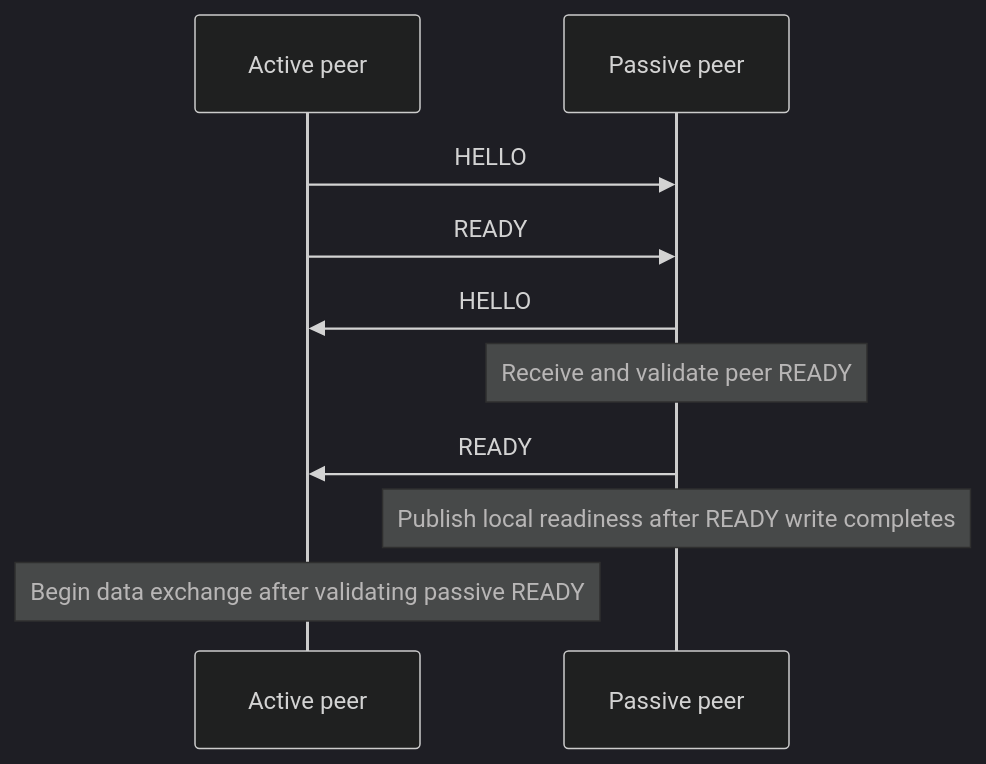
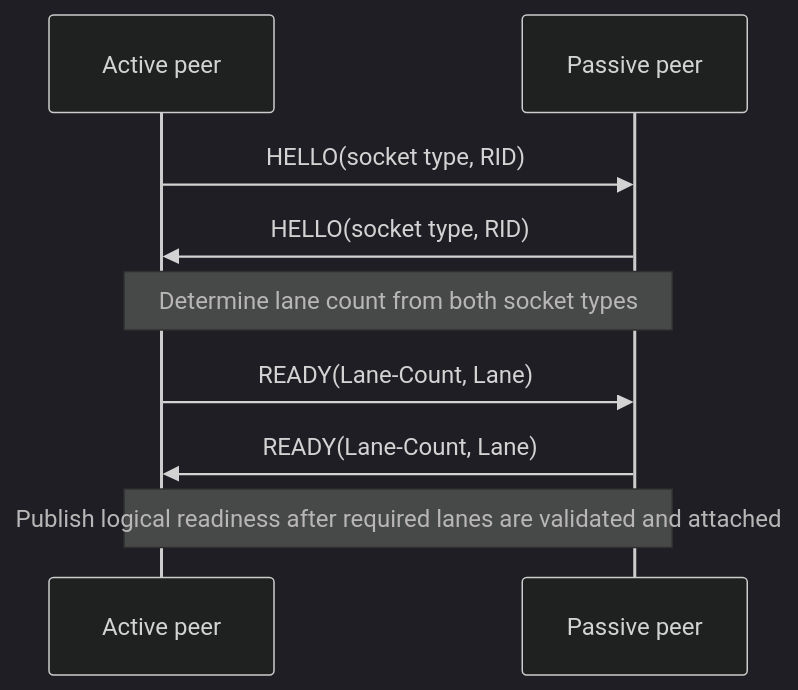
One commit to zlink-systems/zlink changed the first of 2 diagrams in core/doc/spec/core/protocol/01-zmp.en.md. Above: the diagram before and after it, drawn with Mermaid (dark theme). The commit also changed other lines of this file and 69 other files, not shown here.

````diff
--- a/core/doc/spec/core/protocol/01-zmp.en.md
+++ b/core/doc/spec/core/protocol/01-zmp.en.md
@@ -134,13 +141,12 @@
 ```mermaid
 sequenceDiagram
     participant A as Active peer
     participant P as Passive peer
 
-    A->>P: HELLO
-    A->>P: READY
-    P->>A: HELLO
-    Note over P: Receive and validate peer READY
-    P->>A: READY
-    Note over P: Publish local readiness after READY write completes
-    Note over A: Begin data exchange after validating passive READY
+    A->>P: HELLO(socket type, RID)
+    P->>A: HELLO(socket type, RID)
+    Note over A,P: Determine lane count from both socket types
+    A->>P: READY(Lane-Count, Lane)
+    P->>A: READY(Lane-Count, Lane)
+    Note over A,P: Publish logical readiness after required lanes are validated and attached
 ```
````
